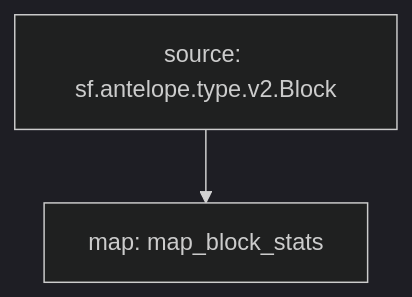
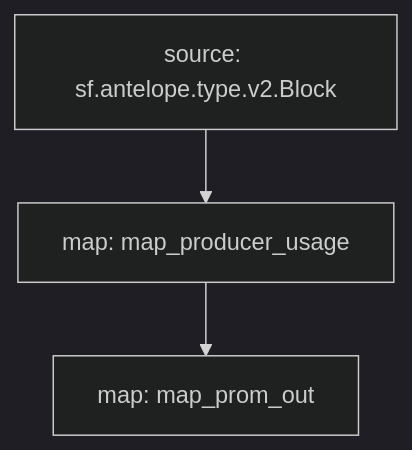
The diagram in eosmechanics/README.md (pinax-network/substreams), drawn with Mermaid (dark theme) before and after one commit. The commit also changed other lines of this file and 7 other files, not shown here.

````diff
--- a/eosmechanics/README.md
+++ b/eosmechanics/README.md
@@ -13,5 +13,7 @@
 ```mermaid
 graph TD;
-  map_block_stats[map: map_block_stats]
-  sf.antelope.type.v2.Block[source: sf.antelope.type.v2.Block] --> map_block_stats
+  map_producer_usage[map: map_producer_usage]
+  sf.antelope.type.v2.Block[source: sf.antelope.type.v2.Block] --> map_producer_usage
+  map_prom_out[map: map_prom_out]
+  map_producer_usage --> map_prom_out
 ```
````
